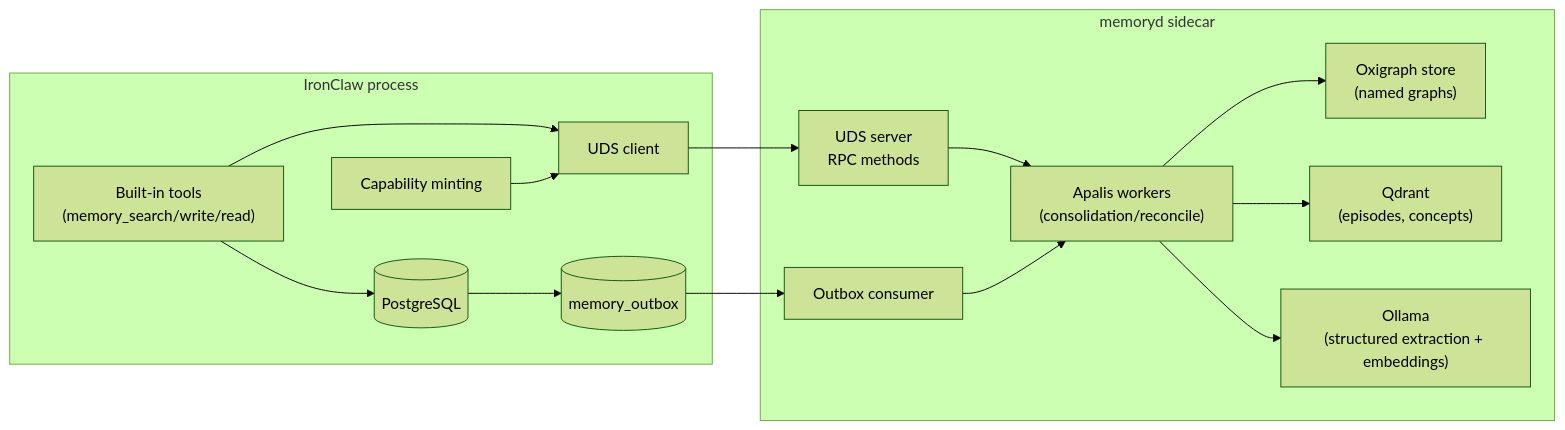
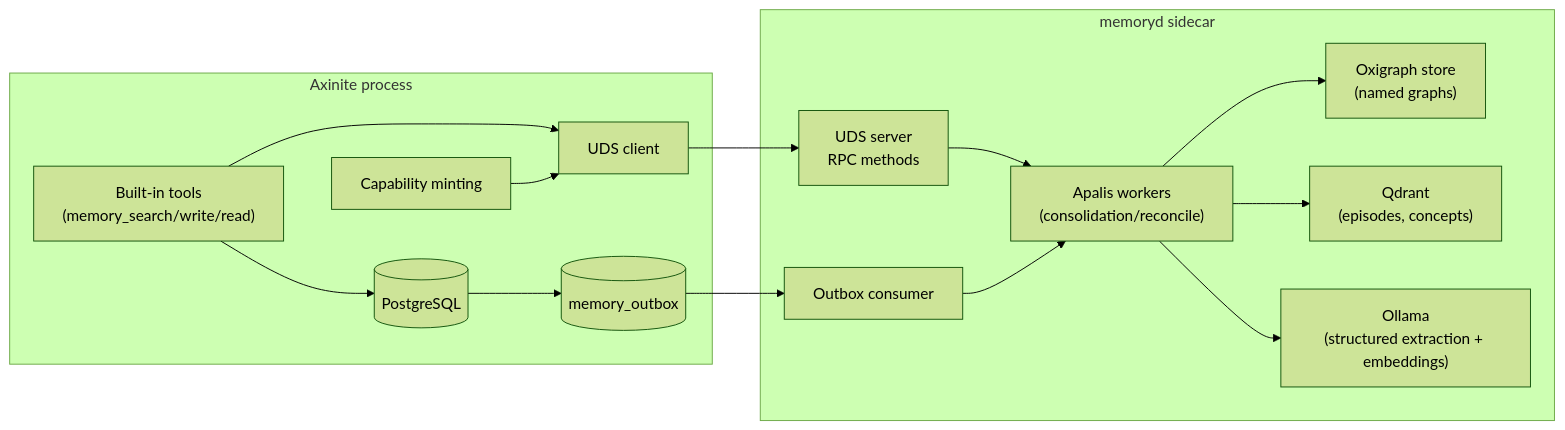
The diagram in docs/rfcs/0007-secure-memory-sidecar-design.md (leynos/axinite), drawn with Mermaid (forest theme) before and after one commit. The commit also changed other lines of this file and 507 other files, not shown here.

````diff
--- a/docs/rfcs/0007-secure-memory-sidecar-design.md
+++ b/docs/rfcs/0007-secure-memory-sidecar-design.md
@@ -317,31 +317,31 @@
 ```mermaid
 flowchart LR
-  subgraph IC[IronClaw process]
+  subgraph IC[Axinite process]
     Tools["Built-in tools\n(memory_search/write/read)"]
     DB[(PostgreSQL)]
     Outbox[(memory_outbox)]
     Cap[Capability minting]
     UDSC[UDS client]
     Tools --> UDSC
     Cap --> UDSC
     Tools --> DB
     DB --> Outbox
   end
 
   subgraph MD[memoryd sidecar]
     UDSS["UDS server\nRPC methods"]
     OC[Outbox consumer]
     WQ["Apalis workers\n(consolidation/reconcile)"]
     KG["Oxigraph store\n(named graphs)"]
     VDB["Qdrant\n(episodes, concepts)"]
     LLM["Ollama\n(structured extraction + embeddings)"]
     UDSS --> WQ
     OC --> WQ
     WQ --> KG
     WQ --> VDB
     WQ --> LLM
   end
 
   UDSC --> UDSS
   Outbox --> OC
 ```
````
